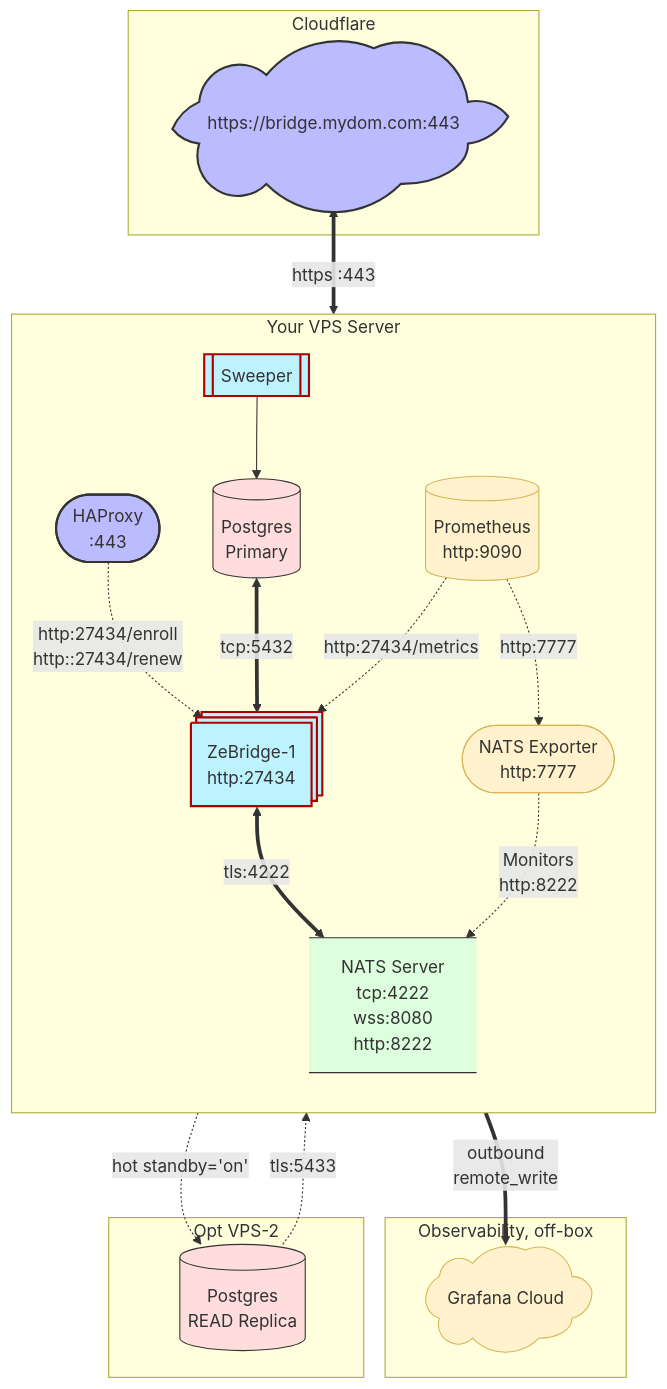
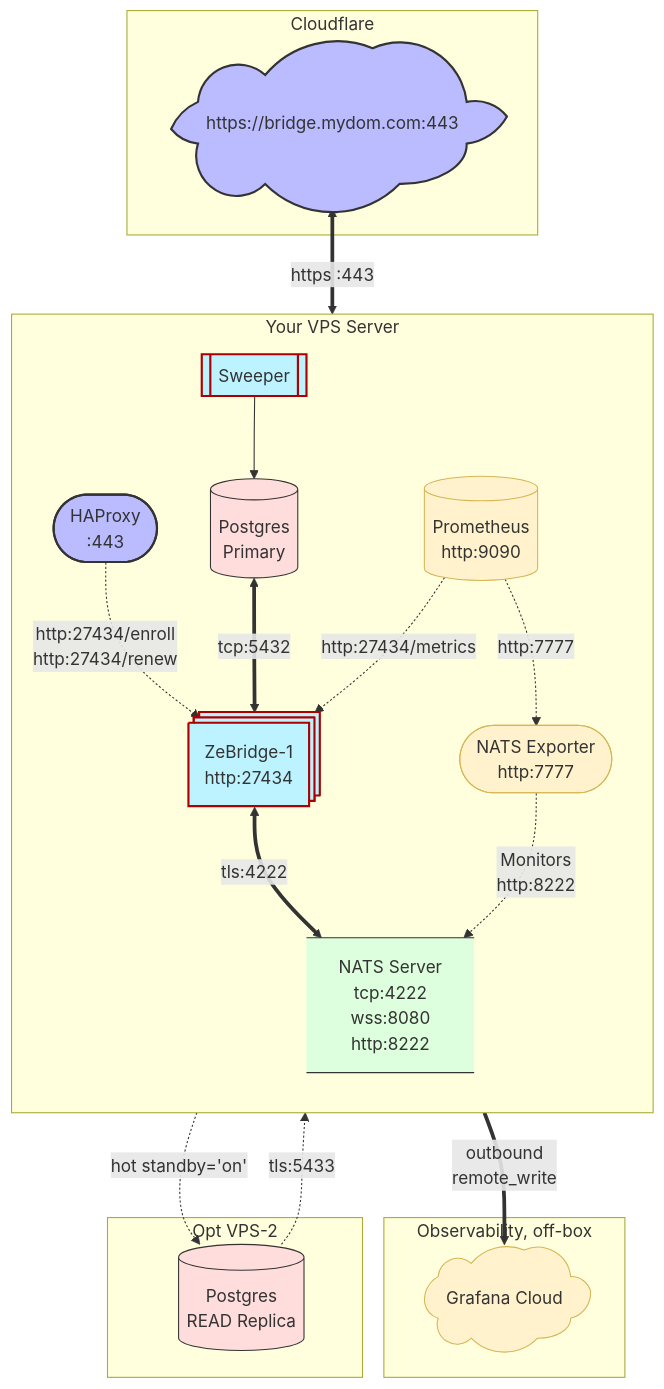
One commit to ndrean/ZeBridge changed the second of 6 diagrams in README.md. Above: the diagram before and after it, drawn with Mermaid. The commit also changed other lines of this file, not shown here.

````diff
--- a/README.md
+++ b/README.md
@@ -328,57 +321,57 @@
 ```mermaid
 
 graph TD
     classDef external fill:#f9f,stroke:#333,stroke-width:2px;
     classDef proxy fill:#bbf,stroke:#333,stroke-width:2px;
     classDef internal fill:#dfd,stroke:#333,stroke-width:1px;
     classDef secure fill:#fdd,stroke:#333,stroke-width:1px;
     classDef telemetry fill:#fff2cc,stroke:#d6b656,stroke-width:1px;
     classDef bridge fill:#bdf3ff,stroke:#ac0100,stroke-width:2px;
     classDef maybe_external fill:#dfd,stroke:#333,stroke-width:2px,stroke-dasharray: 5 5;
 
     subgraph Edge [Cloudflare]
       CF([https://bridge.mydom.com:443]):::proxy
       CF@{ shape: cloud}
     end
 
     subgraph Obs [Observability, off-box]
       Grafana([Grafana Cloud]):::telemetry
       Grafana@{ shape: cloud}
     end
 
     subgraph VPS-2 [Opt VPS-2]
       PGREP[(Postgres<br>READ Replica)]:::secure
     end
 
 
     %% VPS Boundary
     subgraph VPS [Your VPS Server]
         direction TB
         
         HA([HAProxy<br>:443]):::proxy
         %% Internal Apps
         Prom[(Prometheus<br>http:9090)]:::telemetry
         NatsExp([NATS Exporter<br>http:7777]):::telemetry
         Bridge[[ZeBridge-1<br> http:27434]]:::bridge
         Bridge@{shape: st-rect}
         PG[(Postgres<br>Primary)]:::secure
         NATS[NATS Server<br> tcp:4222 <br> wss:8080<br> http:8222]:::internal
         NATS@{shape: data-store}
         
         %% TLS termination for the bridge's HTTP surface
-        HA -.->|http:27434/enroll<br>http::27434/renew| Bridge
+        HA -.->|http:27434/enroll<br>http:27434/renew| Bridge
         
         Sweeper[[Sweeper]]:::bridge
     end
 
     PG -.->|hot standby='on'| PGREP
     CF <==> |https :443| HA
     Prom ==> |outbound<br>remote_write| Grafana
     PGREP -.->|tls:5433| Bridge
     PG <==> |tcp:5432| Bridge
     Bridge <==>|tls:4222| NATS
     Sweeper -->PG
     Prom -.->|http:7777| NatsExp
     Prom -.->|http:27434/metrics| Bridge
     NatsExp -.->|Monitors<br> http:8222| NATS
 ```
````
